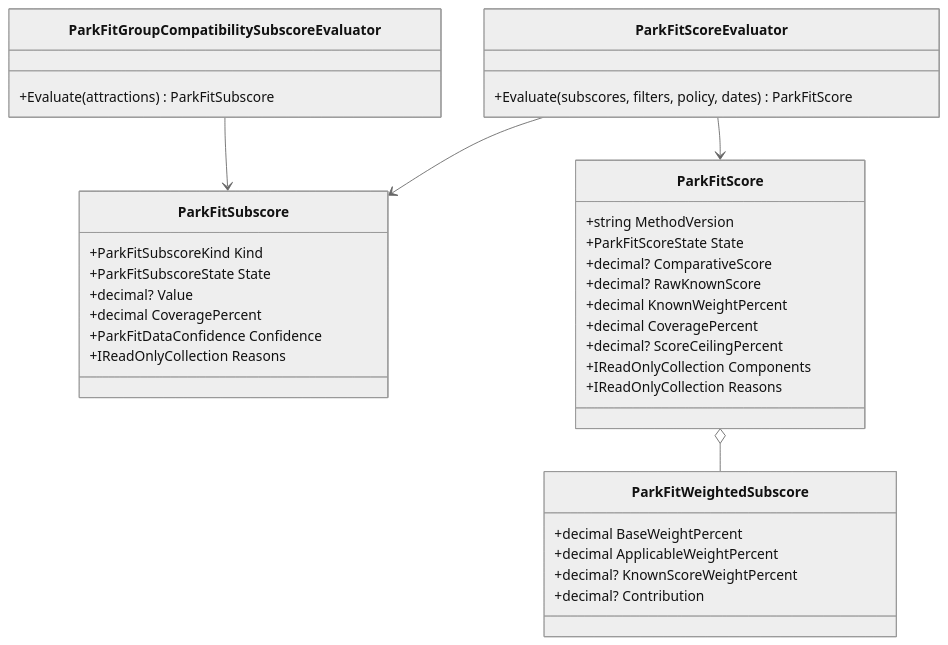
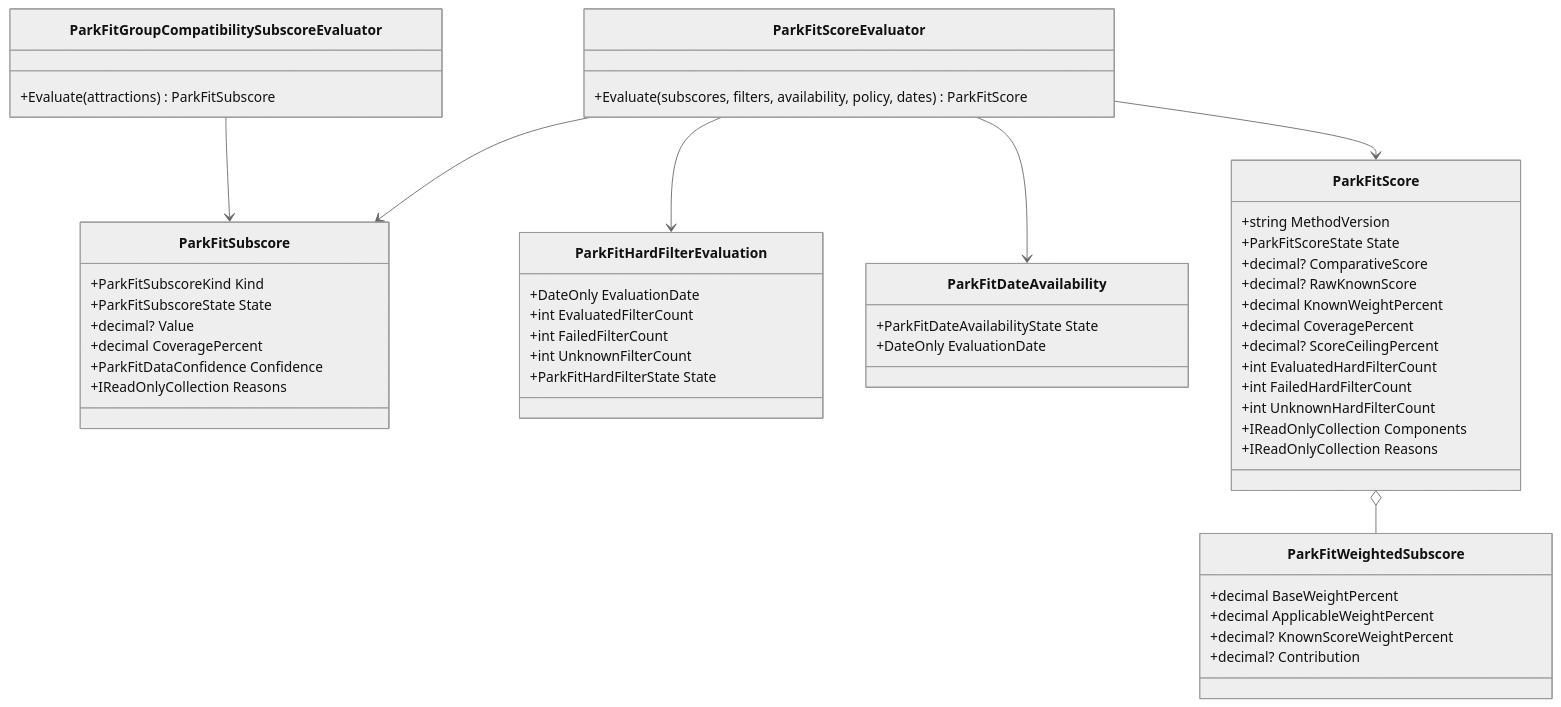
Before and after one commit to Ced59/AmusementParkProject: the second of 3 diagrams in docs/architecture/product-growth-fit-06-versioned-subscores-2026-09-14.md, drawn with Mermaid (neutral theme). The commit also changed other lines of this file and 8 other files, not shown here.

````diff
--- a/docs/architecture/product-growth-fit-06-versioned-subscores-2026-09-14.md
+++ b/docs/architecture/product-growth-fit-06-versioned-subscores-2026-09-14.md
@@ -187,38 +195,54 @@
 ```mermaid
 classDiagram
     class ParkFitGroupCompatibilitySubscoreEvaluator {
       +Evaluate(attractions) ParkFitSubscore
     }
     class ParkFitScoreEvaluator {
-      +Evaluate(subscores, filters, policy, dates) ParkFitScore
+      +Evaluate(subscores, filters, availability, policy, dates) ParkFitScore
+    }
+    class ParkFitHardFilterEvaluation {
+      +DateOnly EvaluationDate
+      +int EvaluatedFilterCount
+      +int FailedFilterCount
+      +int UnknownFilterCount
+      +ParkFitHardFilterState State
+    }
+    class ParkFitDateAvailability {
+      +ParkFitDateAvailabilityState State
+      +DateOnly EvaluationDate
     }
     class ParkFitSubscore {
       +ParkFitSubscoreKind Kind
       +ParkFitSubscoreState State
       +decimal? Value
       +decimal CoveragePercent
       +ParkFitDataConfidence Confidence
       +IReadOnlyCollection Reasons
     }
     class ParkFitWeightedSubscore {
       +decimal BaseWeightPercent
       +decimal ApplicableWeightPercent
       +decimal? KnownScoreWeightPercent
       +decimal? Contribution
     }
     class ParkFitScore {
       +string MethodVersion
       +ParkFitScoreState State
       +decimal? ComparativeScore
       +decimal? RawKnownScore
       +decimal KnownWeightPercent
       +decimal CoveragePercent
       +decimal? ScoreCeilingPercent
+      +int EvaluatedHardFilterCount
+      +int FailedHardFilterCount
+      +int UnknownHardFilterCount
       +IReadOnlyCollection Components
       +IReadOnlyCollection Reasons
     }
     ParkFitGroupCompatibilitySubscoreEvaluator --> ParkFitSubscore
     ParkFitScoreEvaluator --> ParkFitSubscore
+    ParkFitScoreEvaluator --> ParkFitHardFilterEvaluation
+    ParkFitScoreEvaluator --> ParkFitDateAvailability
     ParkFitScoreEvaluator --> ParkFitScore
     ParkFitScore o-- ParkFitWeightedSubscore
 ```
````
